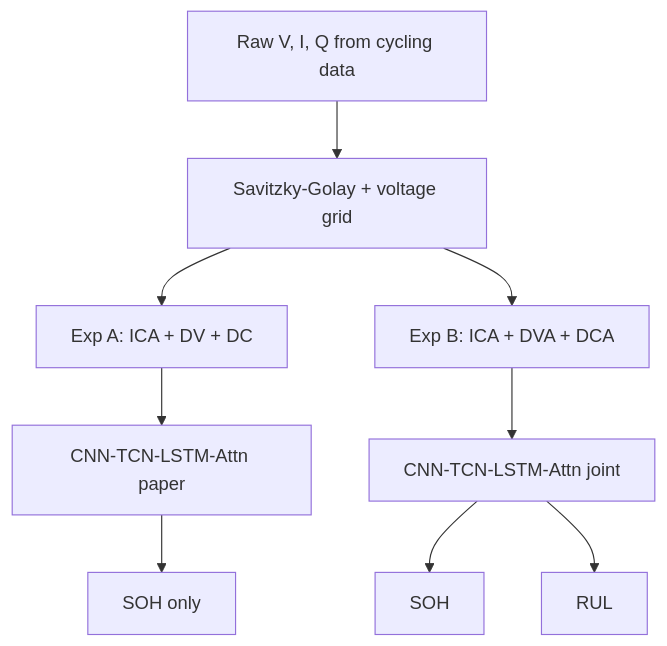
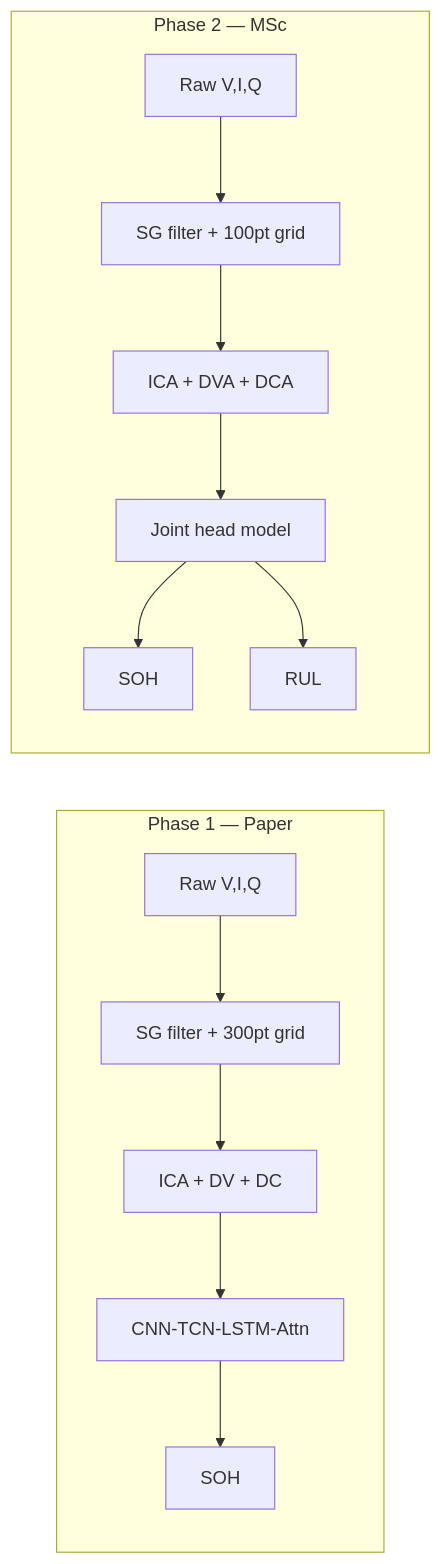
Before and after one commit to VamshiKrishnaBandari07/MSc-CAPSTONE-PROJECT-SOH-RUL-PREDICTION--: the diagram in README.md, drawn with Mermaid. The commit also changed other lines of this file and 39 other files, not shown here.

First line of the commit message:
Complete MSc capstone artefact: 5-fold CV paper reproduction and verified results.

````diff
--- a/README.md
+++ b/README.md
@@ -135,11 +166,16 @@
 ```mermaid
-graph TD
-    Raw[Raw V, I, Q from cycling data] --> Pre[Savitzky-Golay + voltage grid]
-    Pre --> A_Feat[Exp A: ICA + DV + DC]
-    Pre --> B_Feat[Exp B: ICA + DVA + DCA]
-    A_Feat --> PaperModel[CNN-TCN-LSTM-Attn paper]
-    B_Feat --> MscModel[CNN-TCN-LSTM-Attn joint]
-    PaperModel --> SOH_A[SOH only]
-    MscModel --> SOH_B[SOH]
-    MscModel --> RUL[RUL]
+flowchart LR
+    subgraph Phase1["Phase 1 — Paper"]
+        RAW1[Raw V,I,Q] --> SG1[SG filter + 300pt grid]
+        SG1 --> F1[ICA + DV + DC]
+        F1 --> M1[CNN-TCN-LSTM-Attn]
+        M1 --> SOH1[SOH]
+    end
+    subgraph Phase2["Phase 2 — MSc"]
+        RAW2[Raw V,I,Q] --> SG2[SG filter + 100pt grid]
+        SG2 --> F2[ICA + DVA + DCA]
+        F2 --> M2[Joint head model]
+        M2 --> SOH2[SOH]
+        M2 --> RUL[RUL]
+    end
 ```
````
